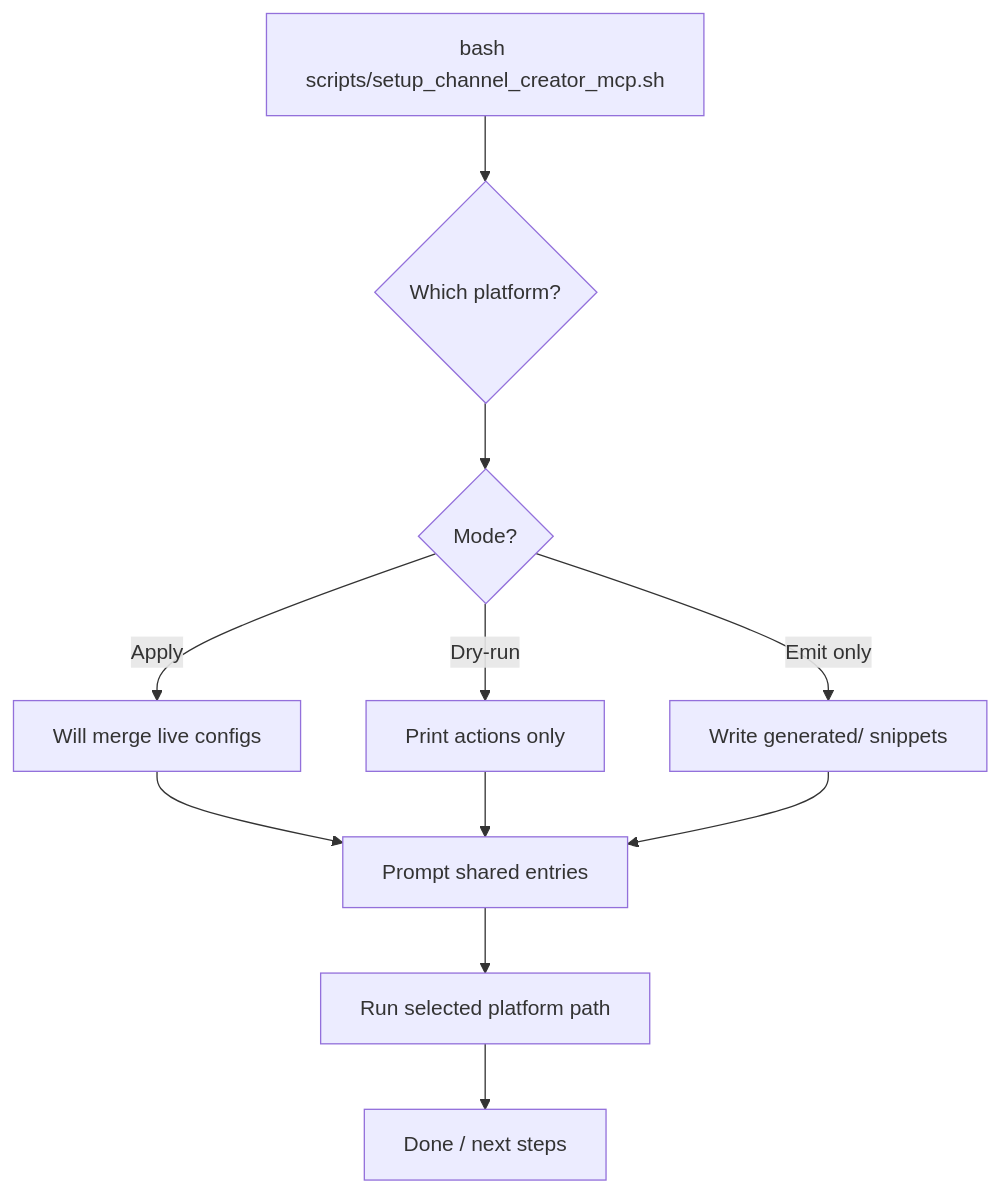
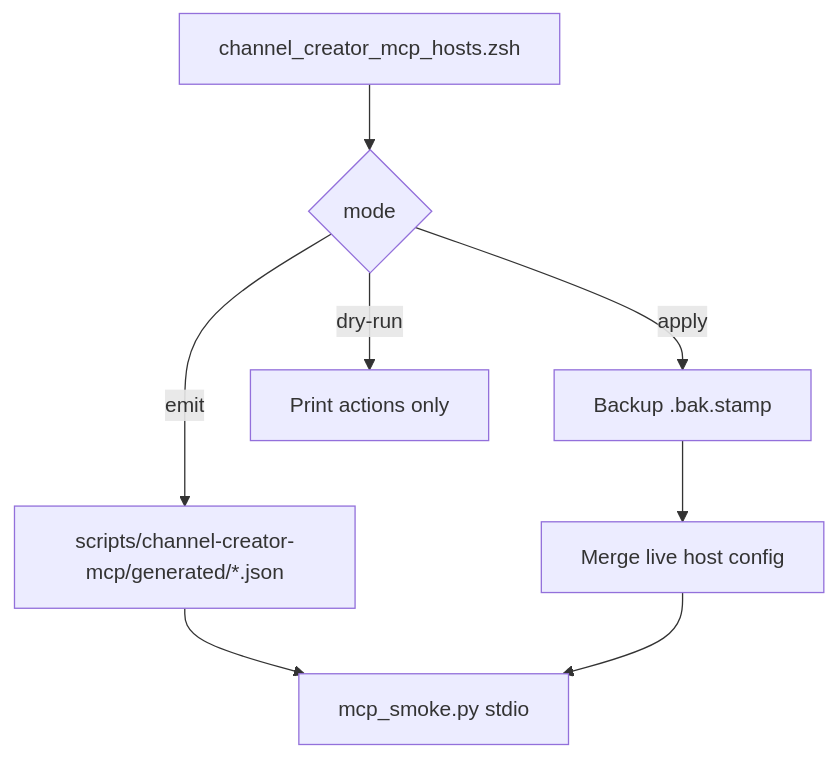
One commit to roto31/StreamTV changed the second of 11 diagrams in docs/guides/CHANNEL_CREATOR_MCP_HOST_WIRING.md. Above: the diagram before and after it, drawn with Mermaid. The commit also changed other lines of this file and 8 other files, not shown here.

````diff
--- a/docs/guides/CHANNEL_CREATOR_MCP_HOST_WIRING.md
+++ b/docs/guides/CHANNEL_CREATOR_MCP_HOST_WIRING.md
@@ -23,13 +33,10 @@
 ```mermaid
 flowchart TD
-  Start["bash scripts/setup_channel_creator_mcp.sh"] --> Menu{"Which platform?"}
-  Menu --> Mode{"Mode?"}
-  Mode -->|Apply| ApplyMode["Will merge live configs"]
-  Mode -->|Dry-run| DryMode["Print actions only"]
-  Mode -->|Emit only| EmitMode["Write generated/ snippets"]
-  ApplyMode --> Shared["Prompt shared entries"]
-  DryMode --> Shared
-  EmitMode --> Shared
-  Shared --> RunPath["Run selected platform path"]
-  RunPath --> Done["Done / next steps"]
+  Gen["channel_creator_mcp_hosts.zsh"] --> Mode{"mode"}
+  Mode -->|emit| Out["scripts/channel-creator-mcp/generated/*.json"]
+  Mode -->|apply| Bak["Backup .bak.stamp"]
+  Bak --> Merge["Merge live host config"]
+  Mode -->|dry-run| Print["Print actions only"]
+  Out --> Smoke["mcp_smoke.py stdio"]
+  Merge --> Smoke
 ```
````
